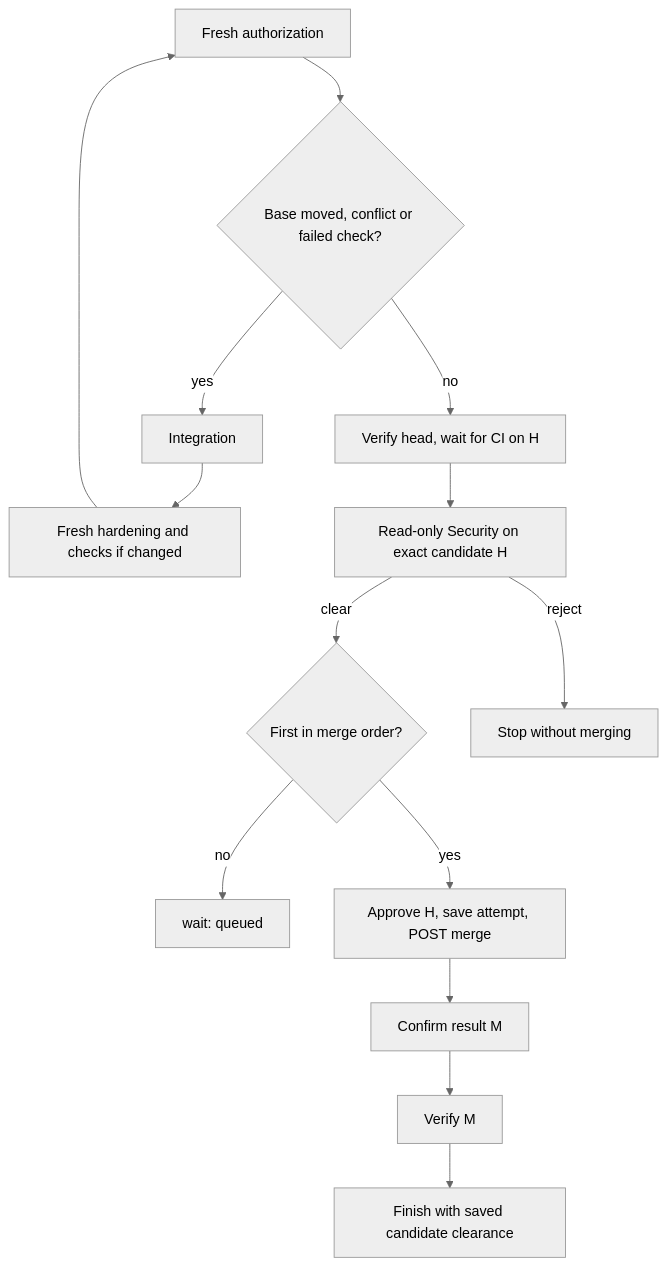
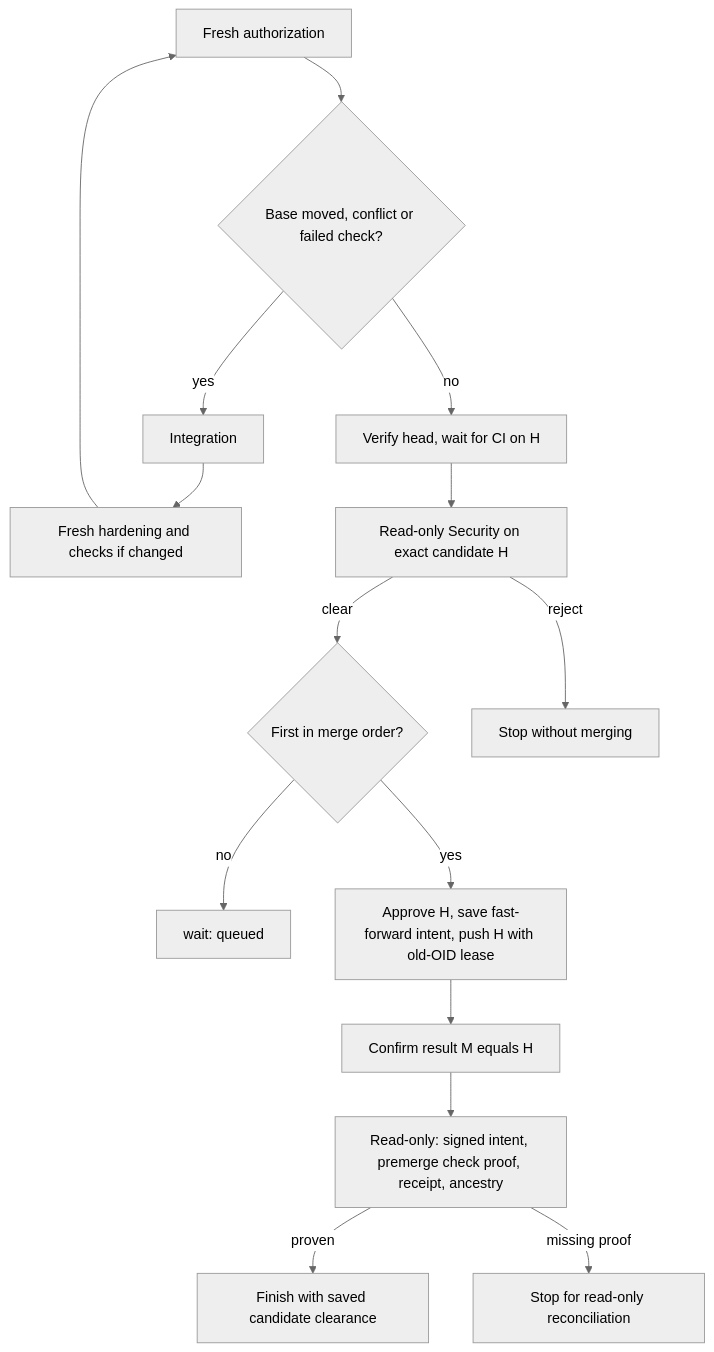
The diagram in docs/reference/merge.md (axolotl-logic-io/ecosystem), drawn with Mermaid (neutral theme) before and after one commit. The commit also changed other lines of this file and 52 other files, not shown here.

````diff
--- a/docs/reference/merge.md
+++ b/docs/reference/merge.md
@@ -13,14 +13,15 @@
 ```mermaid
 flowchart TD
   A[Fresh authorization] --> B{Base moved, conflict or failed check?}
   B -- yes --> I[Integration] --> H[Fresh hardening and checks if changed] --> A
   B -- no --> C[Verify head, wait for CI on H]
   C --> S[Read-only Security on exact candidate H]
   S -- clear --> Q{First in merge order?}
   Q -- no --> W[wait: queued]
-  Q -- yes --> P[Approve H, save attempt, POST merge]
+  Q -- yes --> P[Approve H, save fast-forward intent, push H with old-OID lease]
   S -- reject --> X[Stop without merging]
-  P --> R[Confirm result M]
-  R --> V[Verify M]
-  V --> F[Finish with saved candidate clearance]
+  P --> R[Confirm result M equals H]
+  R --> V[Read-only: signed intent, premerge check proof, receipt, ancestry]
+  V -- proven --> F[Finish with saved candidate clearance]
+  V -- missing proof --> Y[Stop for read-only reconciliation]
 ```
````
